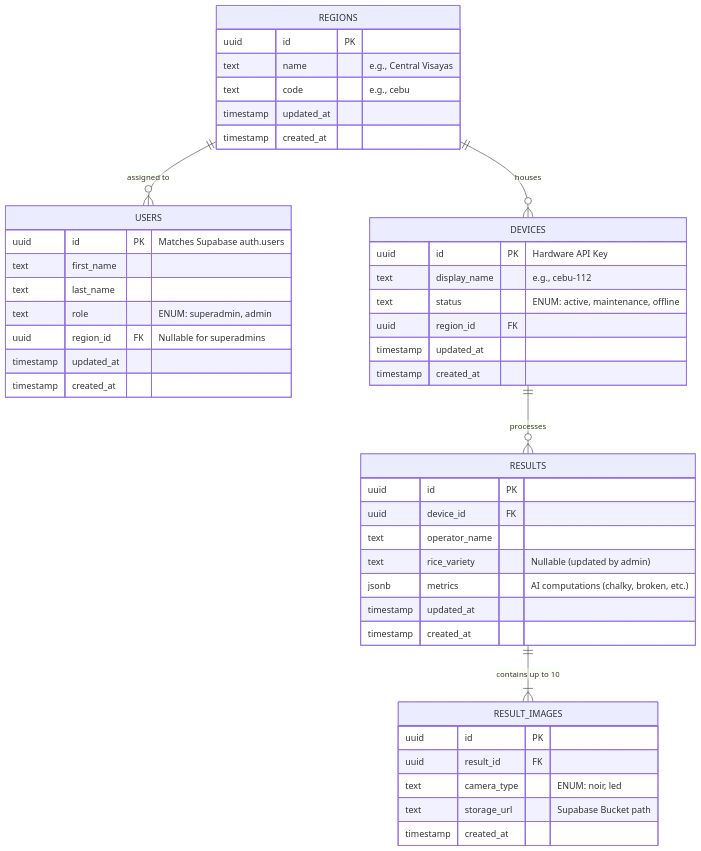
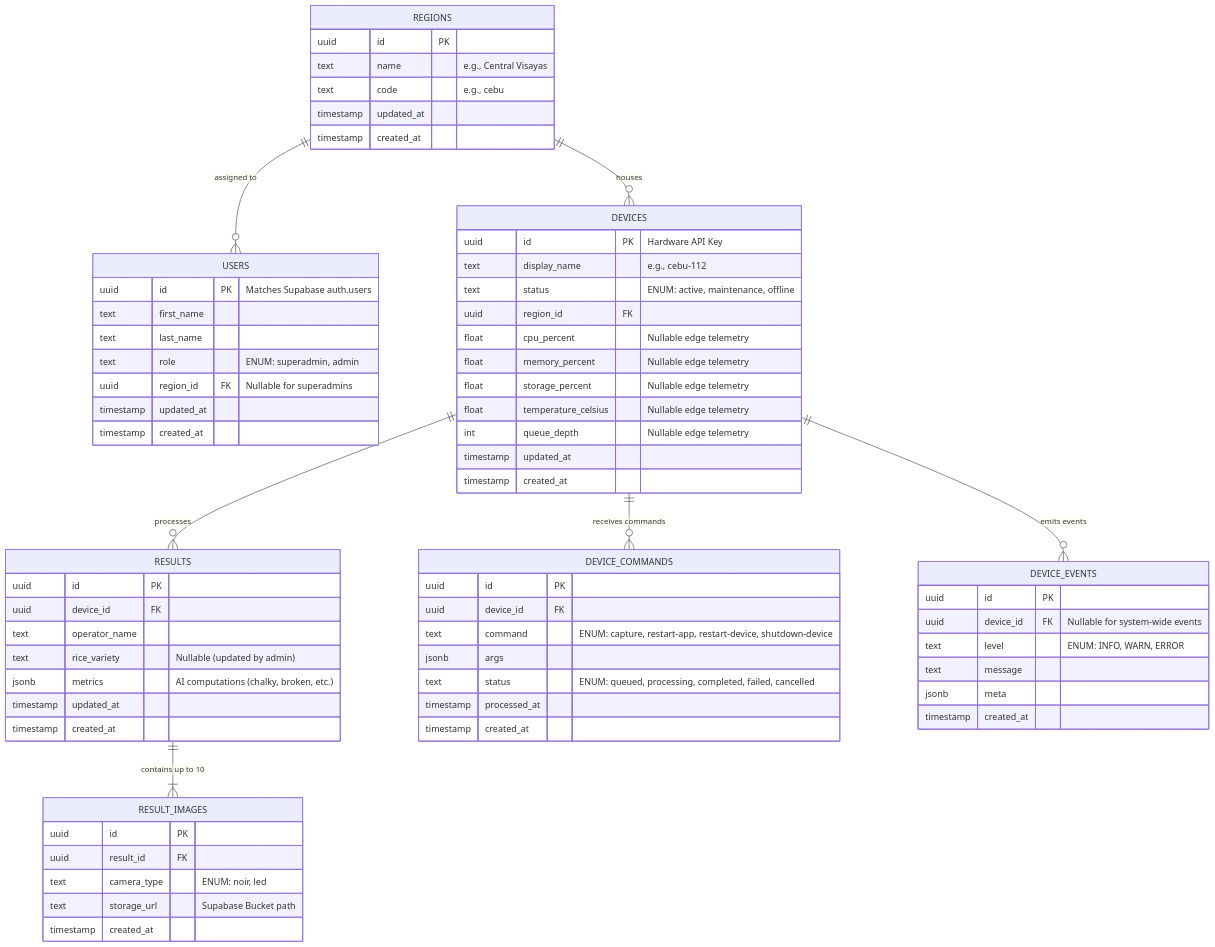
One commit to PhilRice-CITU/docs-and-architecture changed the diagram in api-server/database-schema.md. Above: the diagram before and after it, drawn with Mermaid. The commit also changed other lines of this file, not shown here.

Commit message:
docs(api-server): document device commands, events, and telemetry schema updates

````diff
--- a/api-server/database-schema.md
+++ b/api-server/database-schema.md
@@ -5,52 +5,78 @@
 ```mermaid
 erDiagram
     REGIONS {
         uuid id PK
         text name "e.g., Central Visayas"
         text code "e.g., cebu"
         timestamp updated_at
         timestamp created_at
     }
 
     USERS {
         uuid id PK "Matches Supabase auth.users"
         text first_name
         text last_name
         text role "ENUM: superadmin, admin"
         uuid region_id FK "Nullable for superadmins"
         timestamp updated_at
         timestamp created_at
     }
 
     DEVICES {
         uuid id PK "Hardware API Key"
         text display_name "e.g., cebu-112"
         text status "ENUM: active, maintenance, offline"
         uuid region_id FK
+        float cpu_percent "Nullable edge telemetry"
+        float memory_percent "Nullable edge telemetry"
+        float storage_percent "Nullable edge telemetry"
+        float temperature_celsius "Nullable edge telemetry"
+        int queue_depth "Nullable edge telemetry"
         timestamp updated_at
         timestamp created_at
     }
 
     RESULTS {
         uuid id PK
         uuid device_id FK
         text operator_name
         text rice_variety "Nullable (updated by admin)"
         jsonb metrics "AI computations (chalky, broken, etc.)"
         timestamp updated_at
         timestamp created_at
     }
 
     RESULT_IMAGES {
         uuid id PK
         uuid result_id FK
         text camera_type "ENUM: noir, led"
         text storage_url "Supabase Bucket path"
         timestamp created_at
     }
 
+    DEVICE_COMMANDS {
+        uuid id PK
+        uuid device_id FK
+        text command "ENUM: capture, restart-app, restart-device, shutdown-device"
+        jsonb args
+        text status "ENUM: queued, processing, completed, failed, cancelled"
+        timestamp processed_at
+        timestamp created_at
+    }
+
+    DEVICE_EVENTS {
+        uuid id PK
+        uuid device_id FK "Nullable for system-wide events"
+        text level "ENUM: INFO, WARN, ERROR"
+        text message
+        jsonb meta
+        timestamp created_at
+    }
+
     REGIONS ||--o{ USERS : "assigned to"
     REGIONS ||--o{ DEVICES : "houses"
     DEVICES ||--o{ RESULTS : "processes"
     RESULTS ||--|{ RESULT_IMAGES : "contains up to 10"
+    DEVICES ||--o{ DEVICE_COMMANDS : "receives commands"
+    DEVICES ||--o{ DEVICE_EVENTS : "emits events"
 ```
````
